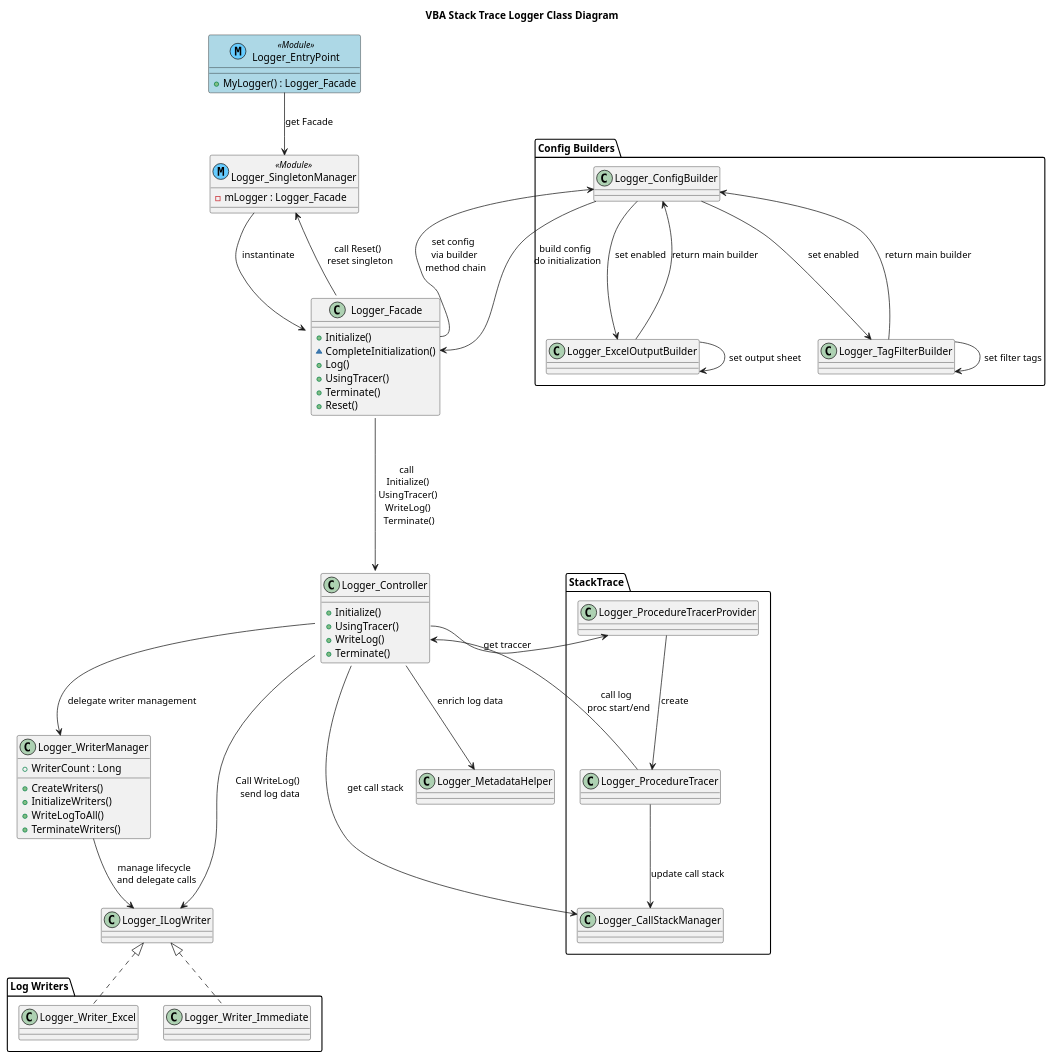
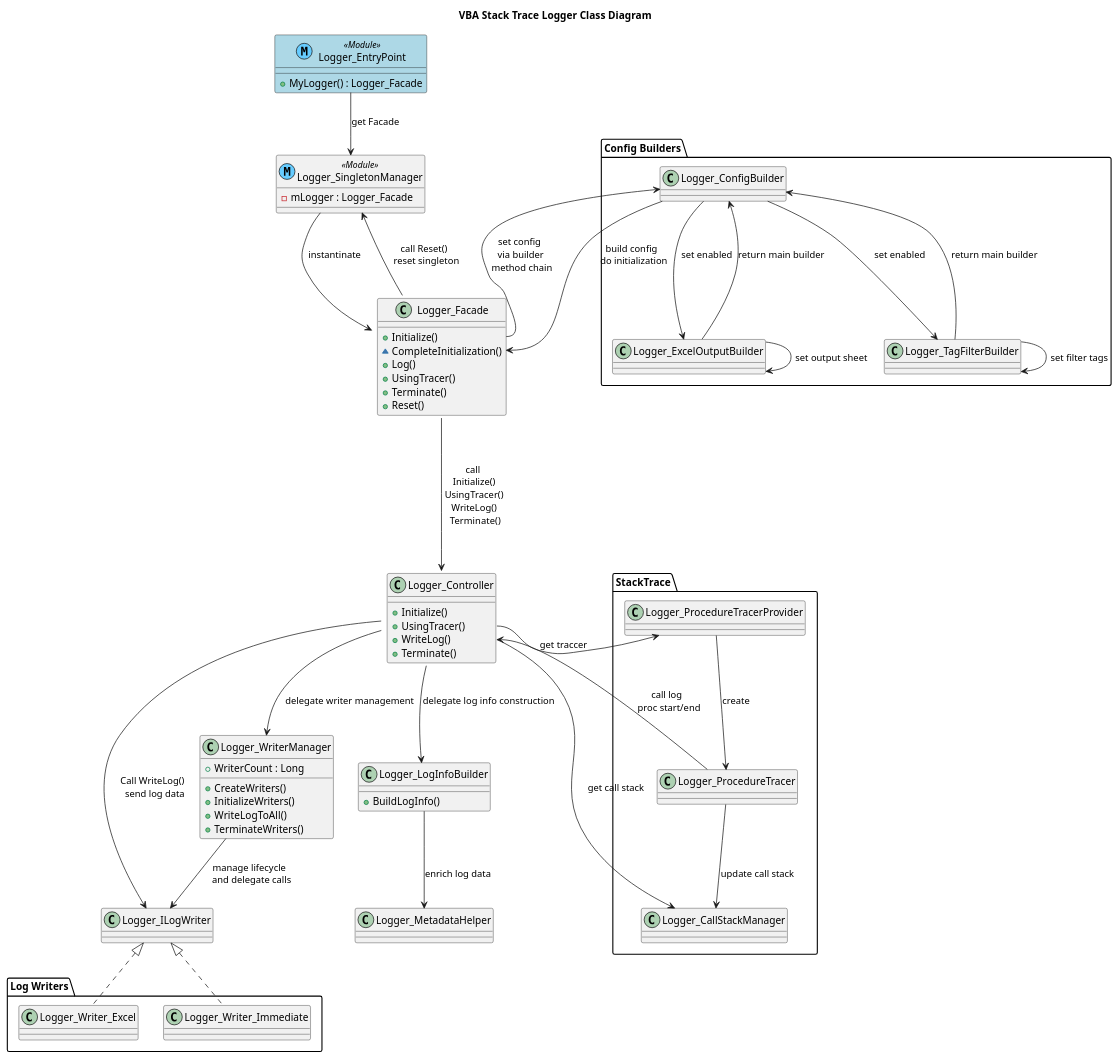
The diagram in docs/クラス図.puml (ryuryu333/vba_stack_trace_logger), drawn with PlantUML before and after one commit. The commit also changed 3 other files, not shown here.

Commit message:
Controller から LogInfo の生成ロジックを分離 close #34

```diff
--- a/docs/クラス図.puml
+++ b/docs/クラス図.puml
@@ -1,131 +1,137 @@
 @startuml Class Diagram
 title VBA Stack Trace Logger Class Diagram
 
 ' User use logger through Logger_EntryPoint.MyLogger
 ' e.g. MyLogger.Log "Message"
 class Logger_EntryPoint << (M,66CCFF) Module >> #LightBlue ##black {
     + MyLogger() : Logger_Facade
 }
 
 class Logger_SingletonManager << (M,66CCFF) Module >> {
     - mLogger : Logger_Facade
 }
 
 ' Logger API
 class Logger_Facade {
     + Initialize()
     ~ CompleteInitialization()
     + Log()
     + UsingTracer()
     + Terminate()
     + Reset()
 }
 
 Logger_EntryPoint --> Logger_SingletonManager : get Facade
 Logger_SingletonManager --> Logger_Facade : instantinate
 Logger_Facade --> Logger_SingletonManager : call Reset() \n reset singleton
 
 ' Logger main logic
 ' e.g. "Logger_Facade.log" call "Logger_Controller.WriteLog"
 class Logger_Controller {
     + Initialize()
     + UsingTracer()
     + WriteLog()
     + Terminate()
 }
 
 ' Writer management - extracted from Controller
 class Logger_WriterManager {
     + CreateWriters()
     + InitializeWriters()
     + WriteLogToAll()
     + TerminateWriters()
     + WriterCount : Long
 }
 
+' Log information construction - extracted from Controller
+class Logger_LogInfoBuilder {
+    + BuildLogInfo()
+}
+
 Logger_Facade ---> Logger_Controller : call \n Initialize() \n UsingTracer() \n WriteLog() \n Terminate()
 Logger_Controller --> Logger_WriterManager : delegate writer management
+Logger_Controller --> Logger_LogInfoBuilder : delegate log info construction
 
 ' User initialize logger through Logger_Facade.Initialize
 ' Setting values are defined through builders
 ' e.g. MyLogger.Initialize.EnabledStckTrace.Build
 package "Config Builders" {
     ' Main builder
     class Logger_ConfigBuilder {
     }
     ' Sub builders
     ' When user call "Logger_ConfigBuilder.EnableWriteToExcelSheet",
     ' next chain is only "Logger_ExcelOutputBuilder.SetOutputExcelSheet"
     class Logger_ExcelOutputBuilder {
     }
     class Logger_TagFilterBuilder {
     }
 }
 
 Logger_Facade::Initialize --> Logger_ConfigBuilder : set config \n via builder \n method chain
 
 Logger_ConfigBuilder --> Logger_ExcelOutputBuilder : set enabled
 Logger_ExcelOutputBuilder --> Logger_ExcelOutputBuilder : set output sheet
 Logger_ExcelOutputBuilder --> Logger_ConfigBuilder : return main builder
 
 Logger_ConfigBuilder --> Logger_TagFilterBuilder : set enabled
 Logger_TagFilterBuilder --> Logger_TagFilterBuilder : set filter tags
 Logger_TagFilterBuilder --> Logger_ConfigBuilder : return main builder
 
 Logger_ConfigBuilder --> Logger_Facade::CompleteInitialization : build config \n do initialization
 
 ' Enrich log data with metadata
 class Logger_MetadataHelper {
 }
 
-Logger_Controller --> Logger_MetadataHelper : enrich log data
+Logger_LogInfoBuilder --> Logger_MetadataHelper : enrich log data
 
 ' Strategy pattern
 class Logger_ILogWriter {
 }
 package "Log Writers" {
     class Logger_Writer_Excel {
     }
     class Logger_Writer_Immediate {
     }
 }
 
 Logger_Controller --> Logger_ILogWriter : Call WriteLog() \n send log data
 Logger_WriterManager --> Logger_ILogWriter : manage lifecycle \n and delegate calls
 Logger_ILogWriter <|.. Logger_Writer_Excel
 Logger_ILogWriter <|.. Logger_Writer_Immediate
 
 package "StackTrace" {
     ' Manages call stack information
     class Logger_CallStackManager {
     }
     ' Trace procedure start/end, and call methods
     ' Like RAII, catch start via constructor, end via destructor
     ' User instance this class in procedure first scope
     ' e.g. Dim scopeGuard = MyLogger.UsingTracer("ModuleName", "ProcedureName")
     class Logger_ProcedureTracer {
     }
     ' Provides procedure tracer instance
     class Logger_ProcedureTracerProvider {
     }
 
     Logger_Controller ---> Logger_CallStackManager : get call stack
     Logger_Controller::UsingTracer ---> Logger_ProcedureTracerProvider : get traccer
     Logger_ProcedureTracerProvider --> Logger_ProcedureTracer : create
     Logger_ProcedureTracer --> Logger_CallStackManager : update call stack
     Logger_ProcedureTracer --> Logger_Controller::WriteLog  : call log \n proc start/end
 }
 
 remove @unlinked
 '===  hidden classes ===
 class Logger_LogInfoStruct {
 }
 class Logger_ConfigStruct {
 }
 class Logger_DataStruct << (M,66CCFF) Module >> #LightBlue ##black{
     + LoggerLogTag : Enum
 }
 class Logger_Constants {
 }
 
 @enduml
```
